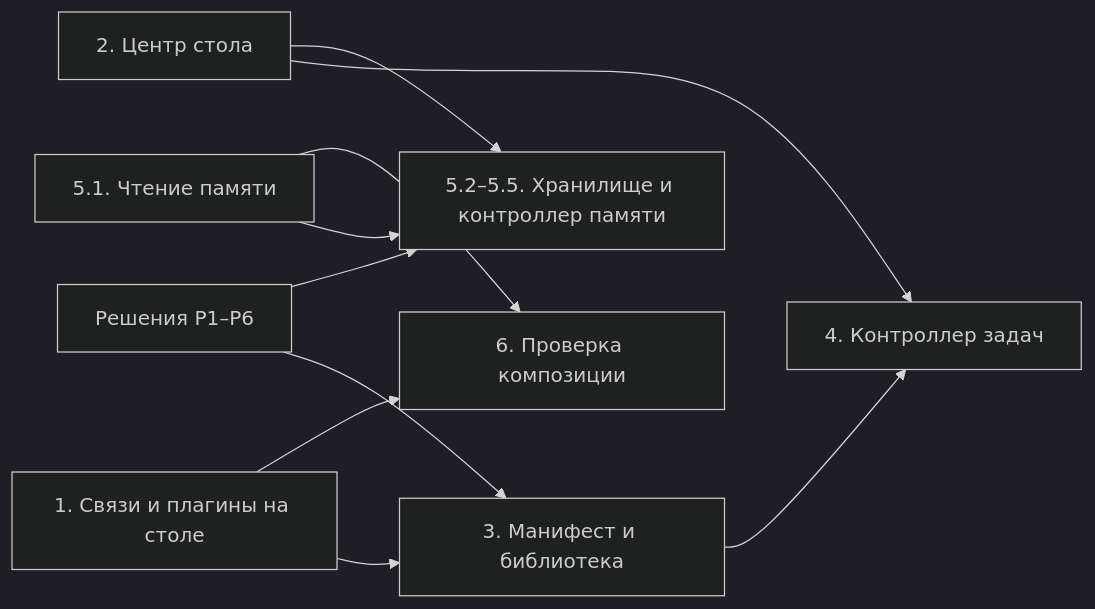
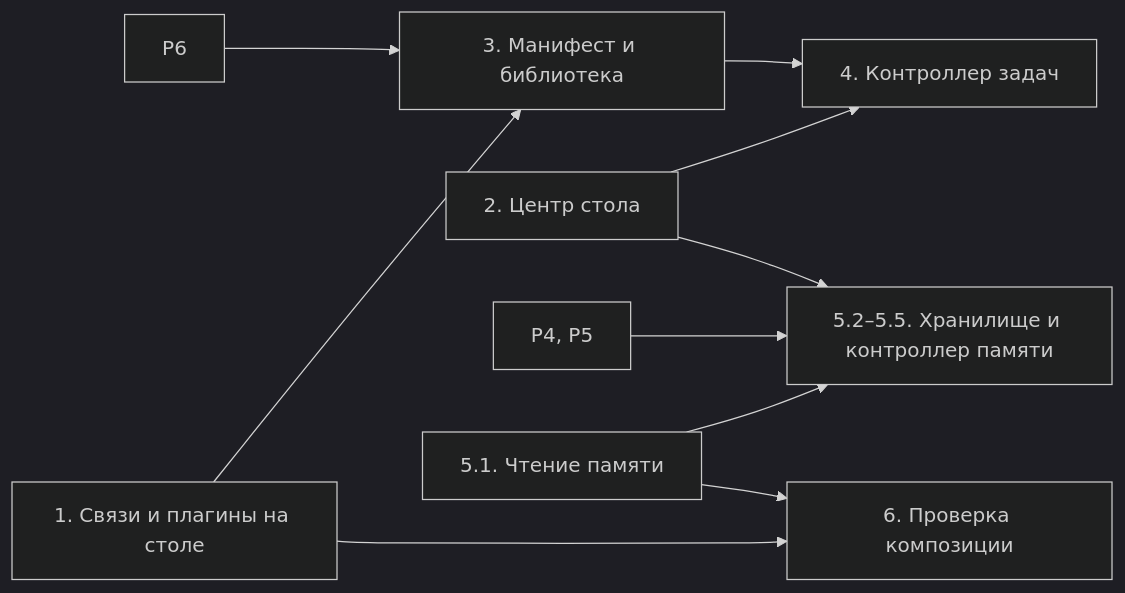
One commit to atakhan/E.V.A. changed the diagram in docs/01-concept/axioms-plan.md. Above: the diagram before and after it, drawn with Mermaid (dark theme). The commit also changed other lines of this file and 85 other files, not shown here.

````diff
--- a/docs/01-concept/axioms-plan.md
+++ b/docs/01-concept/axioms-plan.md
@@ -122,12 +110,12 @@
 ```mermaid
 flowchart LR
-  R["Решения Р1–Р6"] --> P3["3. Манифест и библиотека"]
+  R6["Р6"] --> P3["3. Манифест и библиотека"]
   P1["1. Связи и плагины на столе"] --> P3
   P3 --> P4["4. Контроллер задач"]
   P2["2. Центр стола"] --> P4
   P2 --> P5b["5.2–5.5. Хранилище и контроллер памяти"]
-  R --> P5b
+  R45["Р4, Р5"] --> P5b
   P5a["5.1. Чтение памяти"] --> P5b
   P1 --> P6["6. Проверка композиции"]
   P5a --> P6
 ```
````
